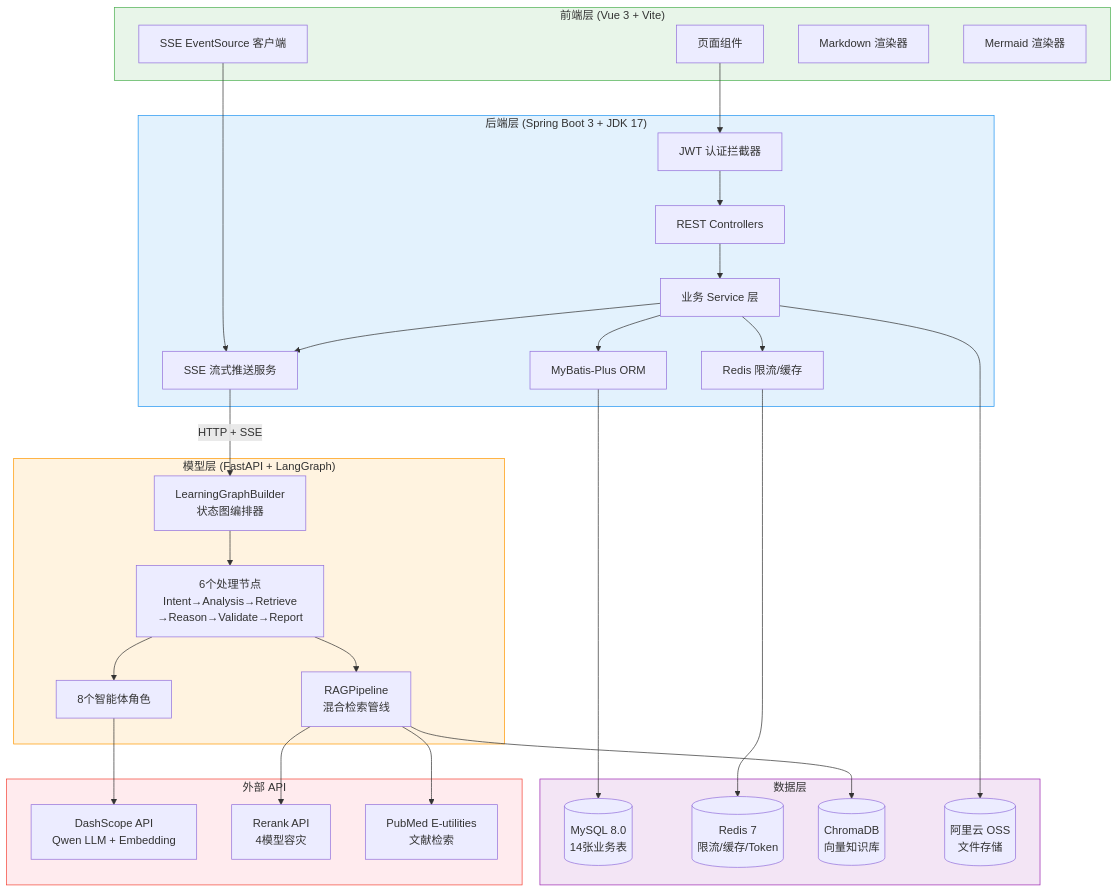
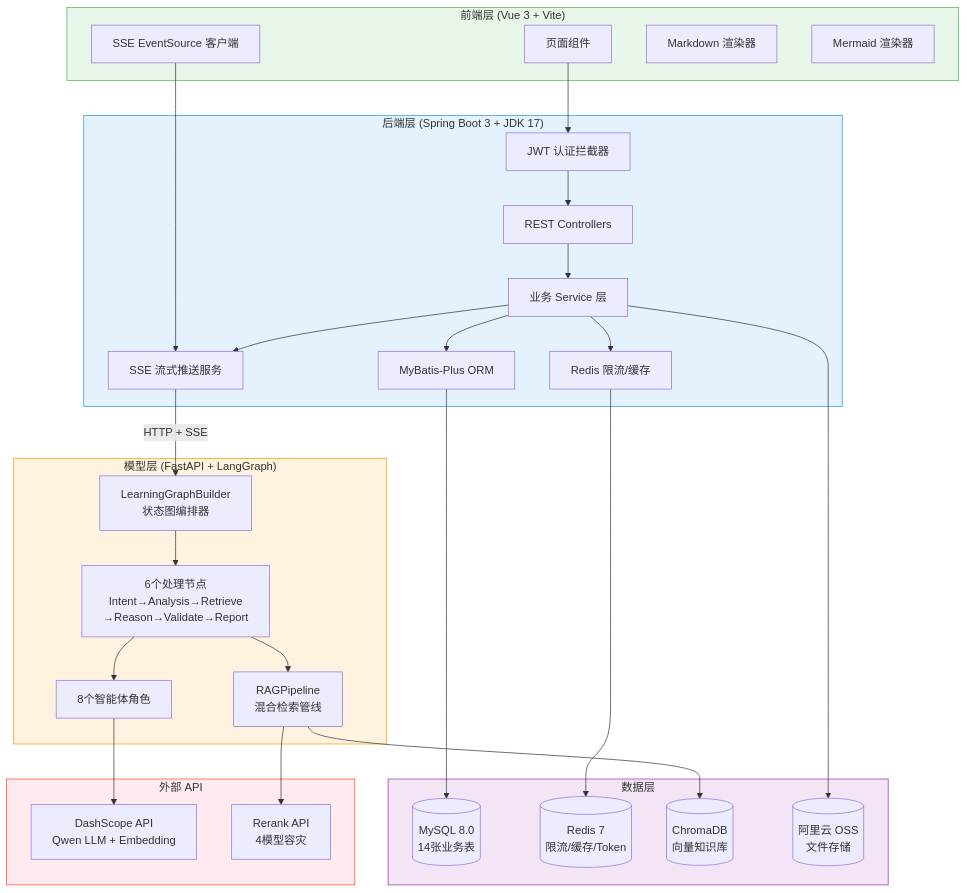
One commit to AttentionCoo/learning-characterizing-mas changed the seventh of 12 diagrams in docs/architecture/需求规格说明书.md. Above: the diagram before and after it, drawn with Mermaid. The commit also changed other lines of this file and 17 other files, not shown here.

First line of the commit message:
docs+feat: 全面移除 PubMed 相关内容,循证链路改走本地知识库

````diff
--- a/docs/architecture/需求规格说明书.md
+++ b/docs/architecture/需求规格说明书.md
@@ -1197,63 +1169,61 @@
 ```mermaid
 graph TB
     subgraph 前端["前端层 (Vue 3 + Vite)"]
         UI[页面组件]
         SSE_Client[SSE EventSource 客户端]
         Markdown_MD[Markdown 渲染器]
         Mermaid_R[Mermaid 渲染器]
     end
 
     subgraph 后端["后端层 (Spring Boot 3 + JDK 17)"]
         Gateway[JWT 认证拦截器]
         Controllers[REST Controllers]
         SSE_Server[SSE 流式推送服务]
         Services[业务 Service 层]
         Redis_Client[Redis 限流/缓存]
         MySQL_Client[MyBatis-Plus ORM]
     end
 
     subgraph 模型层["模型层 (FastAPI + LangGraph)"]
         Graph[LearningGraphBuilder<br/>状态图编排器]
         Nodes[6个处理节点<br/>Intent→Analysis→Retrieve<br/>→Reason→Validate→Report]
         RAG[RAGPipeline<br/>混合检索管线]
         Agents[8个智能体角色]
     end
 
     subgraph 数据层["数据层"]
         MySQL[(MySQL 8.0<br/>14张业务表)]
         Redis[(Redis 7<br/>限流/缓存/Token)]
         ChromaDB[(ChromaDB<br/>向量知识库)]
         OSS[(阿里云 OSS<br/>文件存储)]
     end
 
     subgraph 外部API["外部 API"]
         DashScope[DashScope API<br/>Qwen LLM + Embedding]
         Rerank[Rerank API<br/>4模型容灾]
-        PubMed[PubMed E-utilities<br/>文献检索]
     end
 
     UI --> Gateway
     SSE_Client --> SSE_Server
     Gateway --> Controllers
     Controllers --> Services
     Services --> SSE_Server
     Services --> Redis_Client
     Services --> MySQL_Client
     SSE_Server -->|HTTP + SSE| Graph
     Graph --> Nodes
     Nodes --> RAG
     Nodes --> Agents
     RAG --> ChromaDB
     RAG --> Rerank
-    RAG --> PubMed
     Agents --> DashScope
     Redis_Client --> Redis
     MySQL_Client --> MySQL
     Services --> OSS
 
     style 前端 fill:#E8F5E9,stroke:#4CAF50
     style 后端 fill:#E3F2FD,stroke:#2196F3
     style 模型层 fill:#FFF3E0,stroke:#FF9800
     style 数据层 fill:#F3E5F5,stroke:#9C27B0
     style 外部API fill:#FFEBEE,stroke:#F44336
 ```
````
